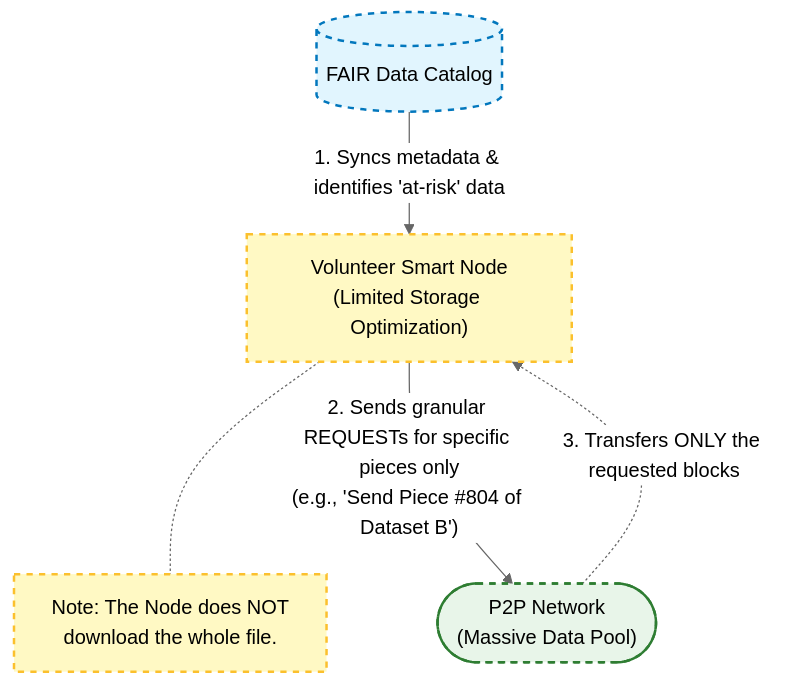
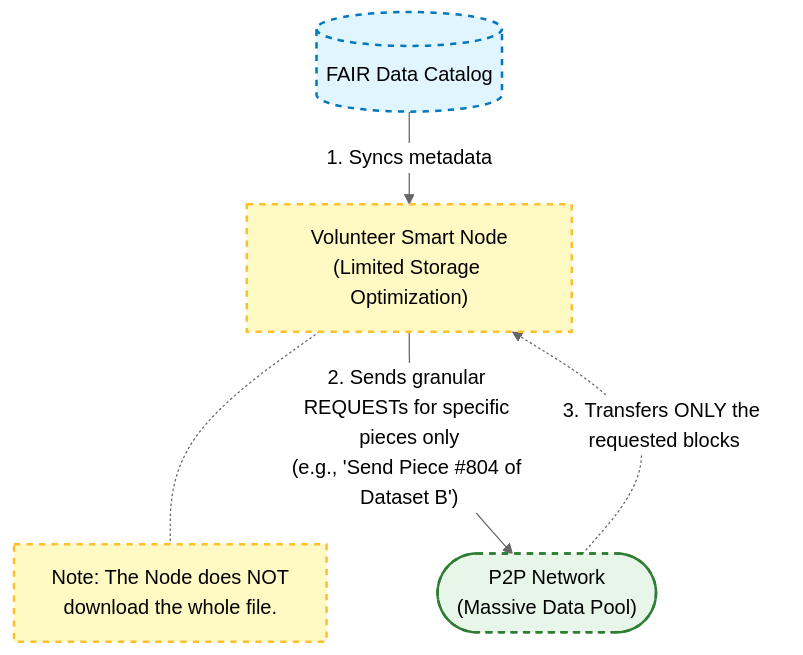
One commit to dataforcanada/www.dataforcanada.org changed the second of 2 diagrams in content/docs/dissemination/_index.md. Above: the diagram before and after it, drawn with Mermaid (neutral theme). The commit also changed other lines of this file, not shown here.

Commit message:
Update data dissemination strategy high-level overview diagram, simplify

````diff
--- a/content/docs/dissemination/_index.md
+++ b/content/docs/dissemination/_index.md
@@ -141,26 +135,26 @@
 ```mermaid
 graph TD
     %% Node Definitions with custom labels
     Catalog[("FAIR Data Catalog")]
     SmartNode["Volunteer Smart Node<br/>(Limited Storage Optimization)"]
     BTNetwork(["P2P Network<br/>(Massive Data Pool)"])
 
     %% The Process Flow
-    Catalog -->|"1. Syncs metadata & identifies 'at-risk' data"| SmartNode
+    Catalog -->|"1. Syncs metadata"| SmartNode
     
     note["Note: The Node does NOT<br/>download the whole file."]
     SmartNode -.- note
 
     SmartNode -->|"2. Sends granular REQUESTs for specific pieces only<br/>(e.g., 'Send Piece #804 of Dataset B')"| BTNetwork
     
     BTNetwork -.->|"3. Transfers ONLY the requested blocks"| SmartNode
 
     %% Optional Styling for visual clarity
     classDef central fill:#e1f5fe,stroke:#0277bd,stroke-width:2px;
     classDef node fill:#fff9c4,stroke:#fbc02d,stroke-width:2px,stroke-dasharray: 5 5;
     classDef network fill:#e8f5e9,stroke:#2e7d32,stroke-width:2px;
     
     class Catalog central;
     class SmartNode node;
     class BTNetwork network;
 ```
````
